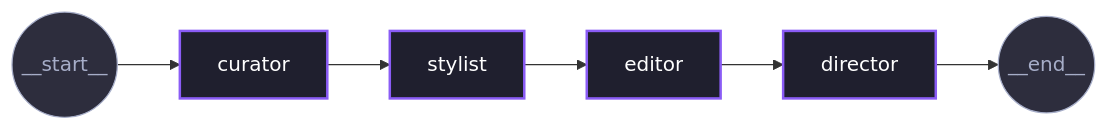
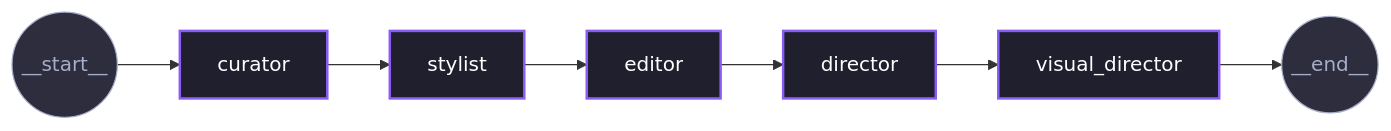
One commit to ArpitKadam/Agentic-Lookbook-Generator changed the first of 2 diagrams in README.md. Above: the diagram before and after it, drawn with Mermaid. The commit also changed other lines of this file, not shown here.

````diff
--- a/README.md
+++ b/README.md
@@ -101,21 +103,23 @@
 ```mermaid
 graph LR
     __start__(("__start__"))
     curator["curator"]
     stylist["stylist"]
     editor["editor"]
     director["director"]
+    visual_director["visual_director"]
     __end__(("__end__"))
 
     __start__ --> curator
     curator --> stylist
     stylist --> editor
     editor --> director
-    director --> __end__
+    director --> visual_director
+    visual_director --> __end__
 
     %% Styling Definitions
     classDef default fill:#1f1f2e,stroke:#8a5cf5,stroke-width:2px,color:#ffffff;
     classDef terminal fill:#2d2d3d,stroke:#a6adc8,stroke-width:1px,color:#a6adc8;
     
     class __start__,__end__ terminal;
 ```
````
